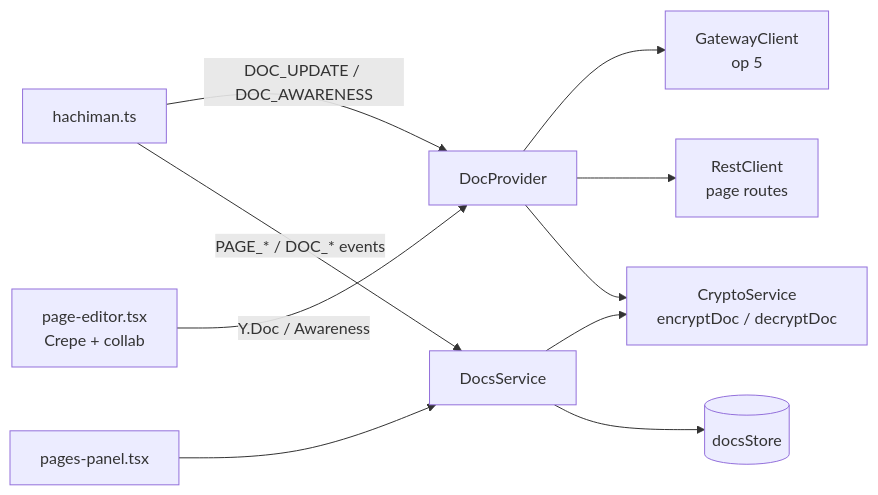
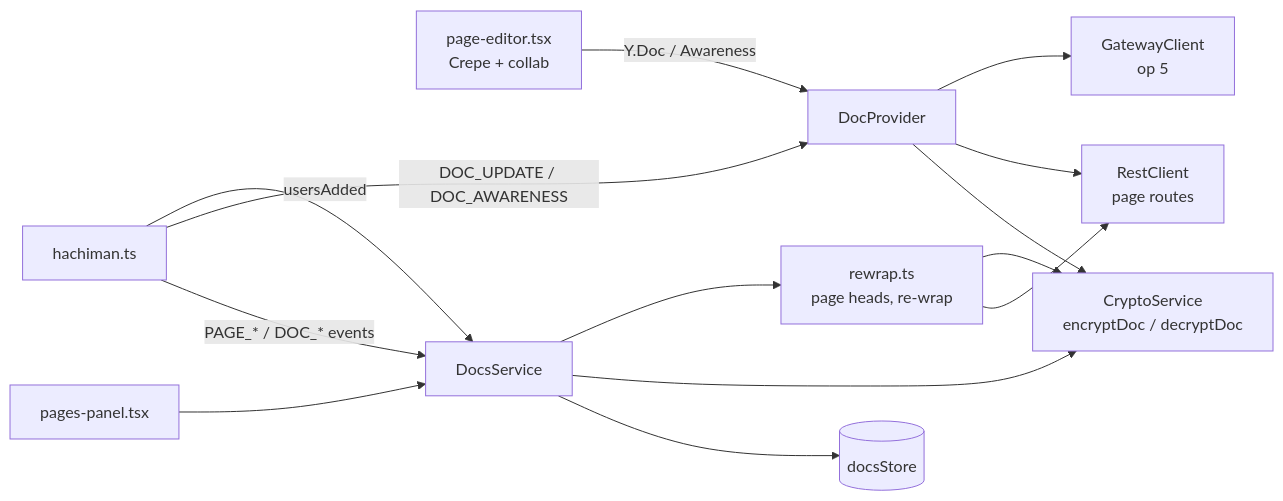
One commit to dan-hummelstad/hachiman changed the fifth of 5 diagrams in apps/hachiman/README.md. Above: the diagram before and after it, drawn with Mermaid. The commit also changed other lines of this file and 80 other files, not shown here.

First line of the commit message:
feat: invite limits, page re-wrap for new members, invite crypto core

````diff
--- a/apps/hachiman/README.md
+++ b/apps/hachiman/README.md
@@ -271,12 +273,16 @@
 ```mermaid
 flowchart LR
   Editor[page-editor.tsx<br/>Crepe + collab] -- Y.Doc / Awareness --> Provider[DocProvider]
   Panel[pages-panel.tsx] --> DocsService
   DocsService --> docsStore[(docsStore)]
   Provider --> Crypto[CryptoService<br/>encryptDoc / decryptDoc]
   DocsService --> Crypto
   Provider --> REST[RestClient<br/>page routes]
   Provider --> GW[GatewayClient<br/>op 5]
   hachiman.ts -- PAGE_* / DOC_* events --> DocsService
   hachiman.ts -- DOC_UPDATE / DOC_AWARENESS --> Provider
+  hachiman.ts -- usersAdded --> DocsService
+  DocsService --> Rewrap[rewrap.ts<br/>page heads, re-wrap]
+  Rewrap --> REST
+  Rewrap --> Crypto
 ```
````
